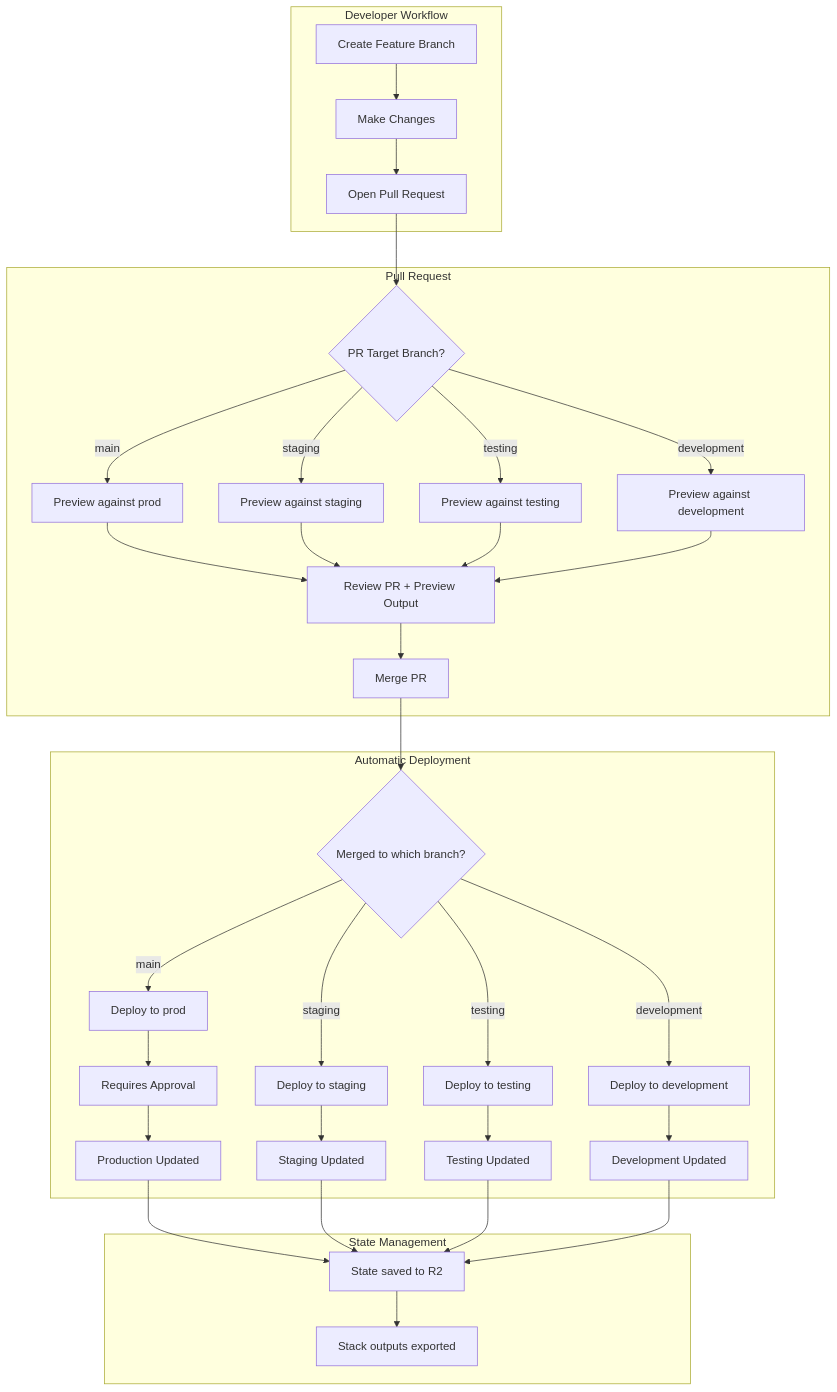
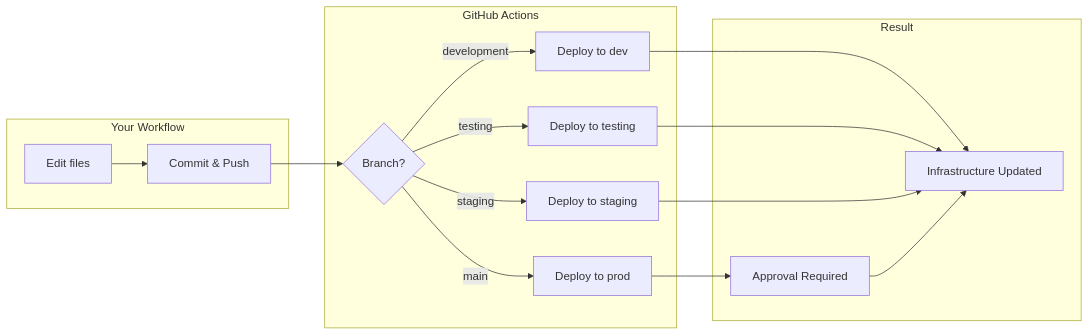
Before and after one commit to clusterahq/clustera-infrastructure: the diagram in README.md, drawn with Mermaid. The commit also changed other lines of this file and 2 other files, not shown here.

First line of the commit message:
Refactor README to focus on deployment workflow

````diff
--- a/README.md
+++ b/README.md
@@ -350,35 +27,20 @@
 ```mermaid
-flowchart TD
-    subgraph "Developer Workflow"
-        A[Create Feature Branch] --> B[Make Changes]
-        B --> C[Open Pull Request]
+flowchart LR
+    subgraph "Your Workflow"
+        A[Edit files] --> B[Commit & Push]
     end
 
-    subgraph "Pull Request"
-        C --> D{PR Target Branch?}
-        D -->|main| E1[Preview against prod]
-        D -->|staging| E2[Preview against staging]
-        D -->|testing| E3[Preview against testing]
-        D -->|development| E4[Preview against development]
-        E1 & E2 & E3 & E4 --> F[Review PR + Preview Output]
-        F --> G[Merge PR]
+    subgraph "GitHub Actions"
+        B --> C{Branch?}
+        C -->|development| D1[Deploy to dev]
+        C -->|testing| D2[Deploy to testing]
+        C -->|staging| D3[Deploy to staging]
+        C -->|main| D4[Deploy to prod]
     end
 
-    subgraph "Automatic Deployment"
-        G --> H{Merged to which branch?}
-        H -->|main| I1[Deploy to prod]
-        H -->|staging| I2[Deploy to staging]
-        H -->|testing| I3[Deploy to testing]
-        H -->|development| I4[Deploy to development]
-        I1 --> J1[Requires Approval]
-        J1 --> K1[Production Updated]
-        I2 --> K2[Staging Updated]
-        I3 --> K3[Testing Updated]
-        I4 --> K4[Development Updated]
-    end
-
-    subgraph "State Management"
-        K1 & K2 & K3 & K4 --> L[State saved to R2]
-        L --> M[Stack outputs exported]
+    subgraph "Result"
+        D1 & D2 & D3 --> E[Infrastructure Updated]
+        D4 --> F[Approval Required]
+        F --> E
     end
 ```
````
